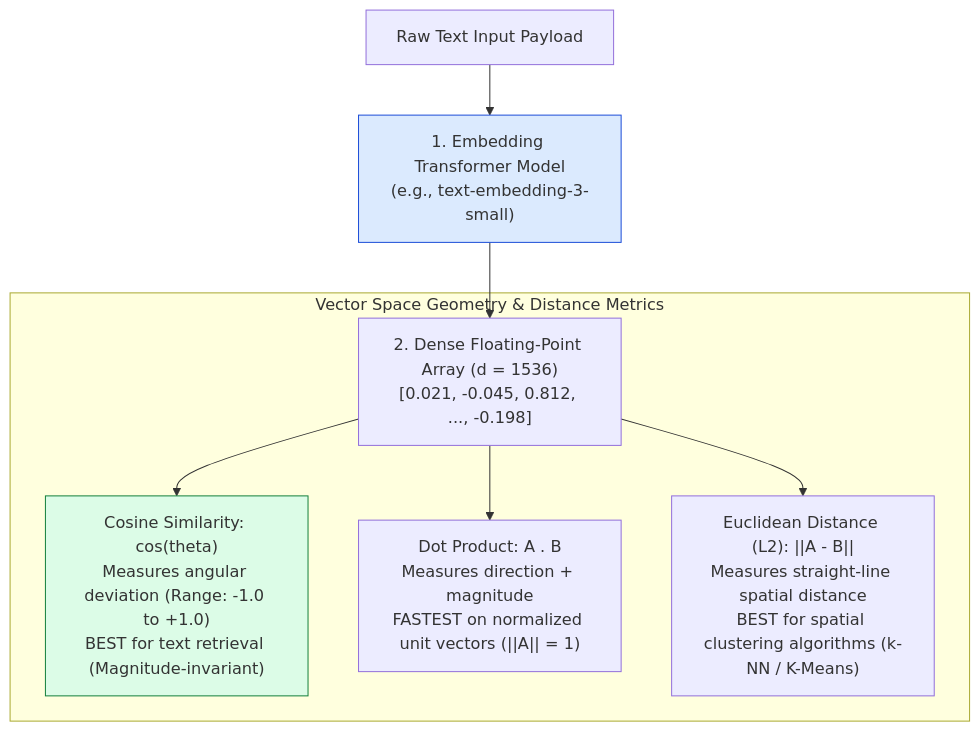
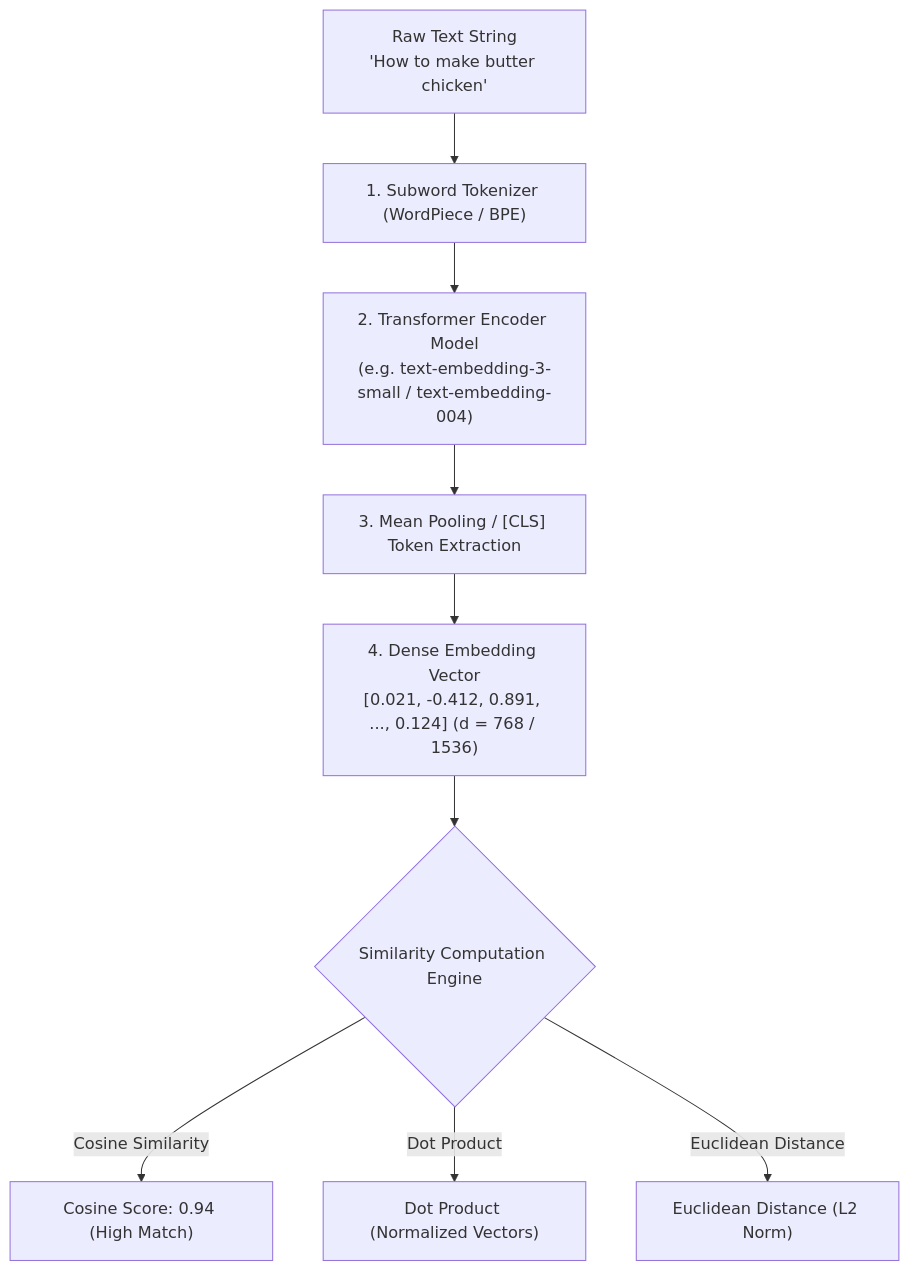
One commit to Amie-dev/engineering-playbook changed the diagram in agentic-ai-notes/00-foundations/06-embeddings-deep-dive.md. Above: the diagram before and after it, drawn with Mermaid. The commit also changed other lines of this file and 27 other files, not shown here.

First line of the commit message:
Refactor embeddings generation and similarity metrics for improved clarity and performance

````diff
--- a/agentic-ai-notes/00-foundations/06-embeddings-deep-dive.md
+++ b/agentic-ai-notes/00-foundations/06-embeddings-deep-dive.md
@@ -13,15 +9,16 @@
 ```mermaid
 flowchart TD
-    RawText[Raw Text Input Payload] --> EmbedModel["1. Embedding Transformer Model<br/>(e.g., text-embedding-3-small)"]
-
-    EmbedModel --> DenseVector["2. Dense Floating-Point Array (d = 1536)<br/>[0.021, -0.045, 0.812, ..., -0.198]"]
-
-    subgraph Vector Space Geometry & Distance Metrics
-        DenseVector --> Cosine["Cosine Similarity: cos(theta)<br/>Measures angular deviation (Range: -1.0 to +1.0)<br/>BEST for text retrieval (Magnitude-invariant)"]
-        DenseVector --> DotProduct["Dot Product: A . B<br/>Measures direction + magnitude<br/>FASTEST on normalized unit vectors (||A|| = 1)"]
-        DenseVector --> Euclidean["Euclidean Distance (L2): ||A - B||<br/>Measures straight-line spatial distance<br/>BEST for spatial clustering algorithms (k-NN / K-Means)"]
-    end
-
-    style EmbedModel fill:#dbeafe,stroke:#1d4ed8
-    style Cosine fill:#dcfce7,stroke:#15803d
+    RawText["Raw Text String<br/>'How to make butter chicken'"] --> Tokenizer["1. Subword Tokenizer (WordPiece / BPE)"]
+    
+    Tokenizer --> EncoderModel["2. Transformer Encoder Model<br/>(e.g. text-embedding-3-small / text-embedding-004)"]
+    
+    EncoderModel --> Pooling["3. Mean Pooling / [CLS] Token Extraction"]
+    
+    Pooling --> DenseVector["4. Dense Embedding Vector<br/>[0.021, -0.412, 0.891, ..., 0.124] (d = 768 / 1536)"]
+    
+    DenseVector --> SimilarityEngine{"Similarity Computation Engine"}
+    
+    SimilarityEngine -->|Cosine Similarity| CosVal["Cosine Score: 0.94 (High Match)"]
+    SimilarityEngine -->|Dot Product| DotVal["Dot Product (Normalized Vectors)"]
+    SimilarityEngine -->|Euclidean Distance| EucVal["Euclidean Distance (L2 Norm)"]
 ```
````
